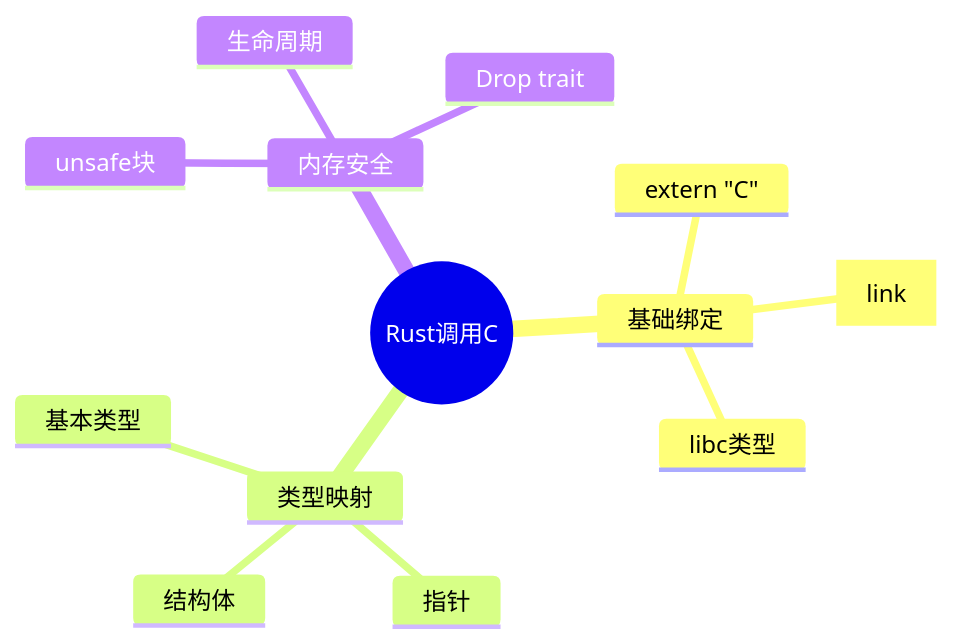
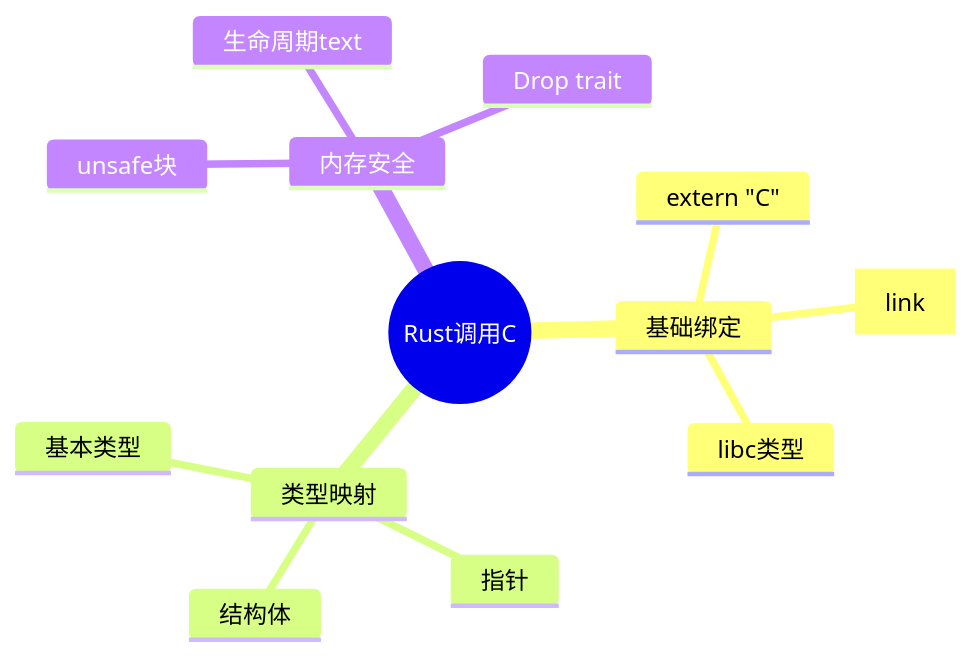
One commit to AdaMartin18010/C_Lang changed the diagram in knowledge/03_System_Technology_Domains/11_Rust_Interoperability/01_Rust_Call_C.md. Above: the diagram before and after it, drawn with Mermaid. The commit also changed 26 other files, not shown here.

````diff
--- a/knowledge/03_System_Technology_Domains/11_Rust_Interoperability/01_Rust_Call_C.md
+++ b/knowledge/03_System_Technology_Domains/11_Rust_Interoperability/01_Rust_Call_C.md
@@ -23,16 +23,16 @@
 ```mermaid
 mindmap
   root((Rust调用C))
     基础绑定
       extern "C"
       #[link]
       libc类型
     类型映射
       基本类型
       指针
       结构体
     内存安全
       unsafe块
-      生命周期
+      生命周期text
       Drop trait
 ```
````
